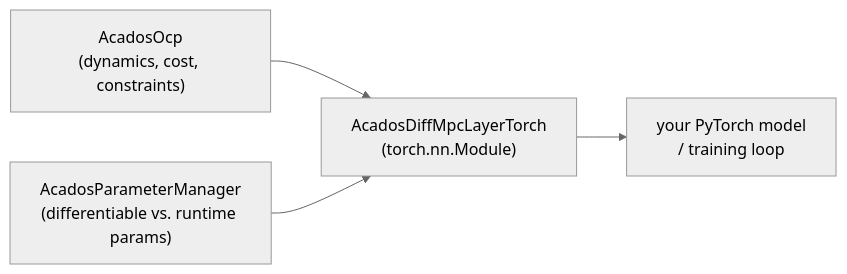
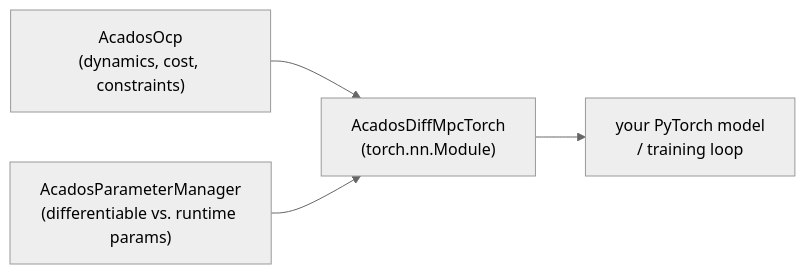
Before and after one commit to leap-c/leap-c: the first of 2 diagrams in docs/source/define_differentiable_mpc.md, drawn with Mermaid (neutral theme). The commit also changed other lines of this file and 16 other files, not shown here.

````diff
--- a/docs/source/define_differentiable_mpc.md
+++ b/docs/source/define_differentiable_mpc.md
@@ -21,6 +21,6 @@
 ```{mermaid}
 flowchart LR
   OCP["AcadosOcp<br/>(dynamics, cost, constraints)"] --> DMPC
   PM["AcadosParameterManager<br/>(differentiable vs. runtime params)"] --> DMPC
-  DMPC["AcadosDiffMpcLayerTorch<br/>(torch.nn.Module)"] --> PIPE["your PyTorch model<br/>/ training loop"]
+  DMPC["AcadosDiffMpcTorch<br/>(torch.nn.Module)"] --> PIPE["your PyTorch model<br/>/ training loop"]
 ```
````
